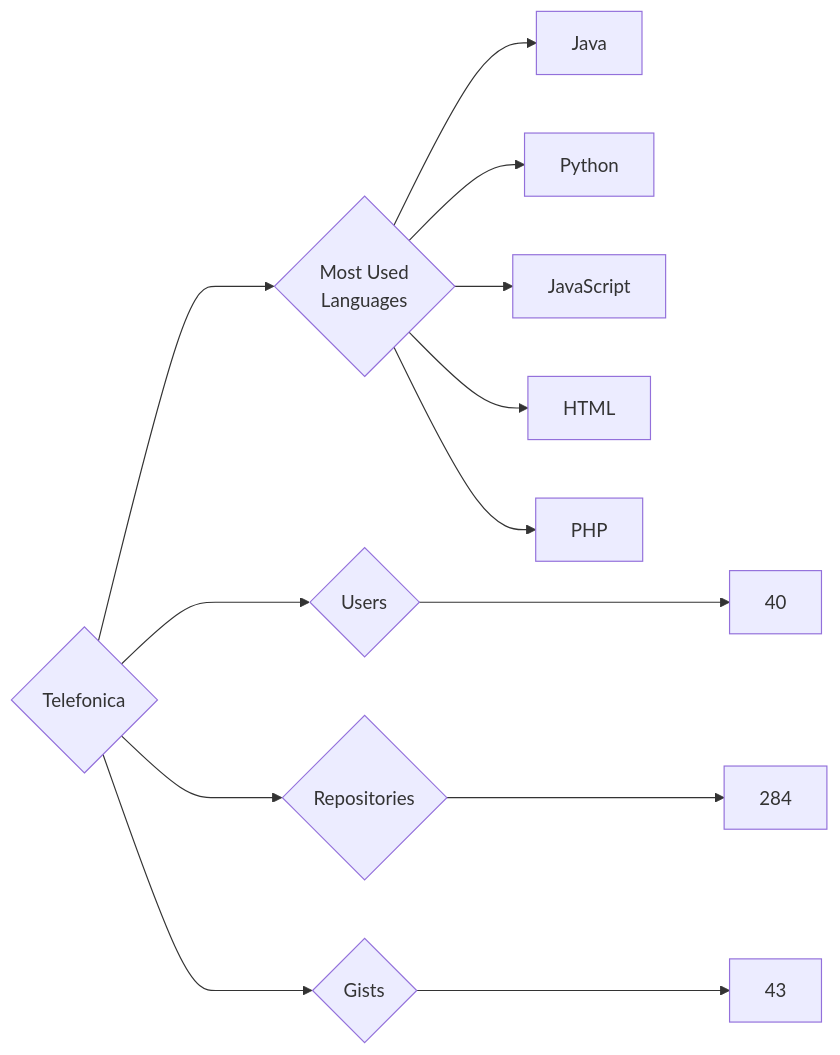
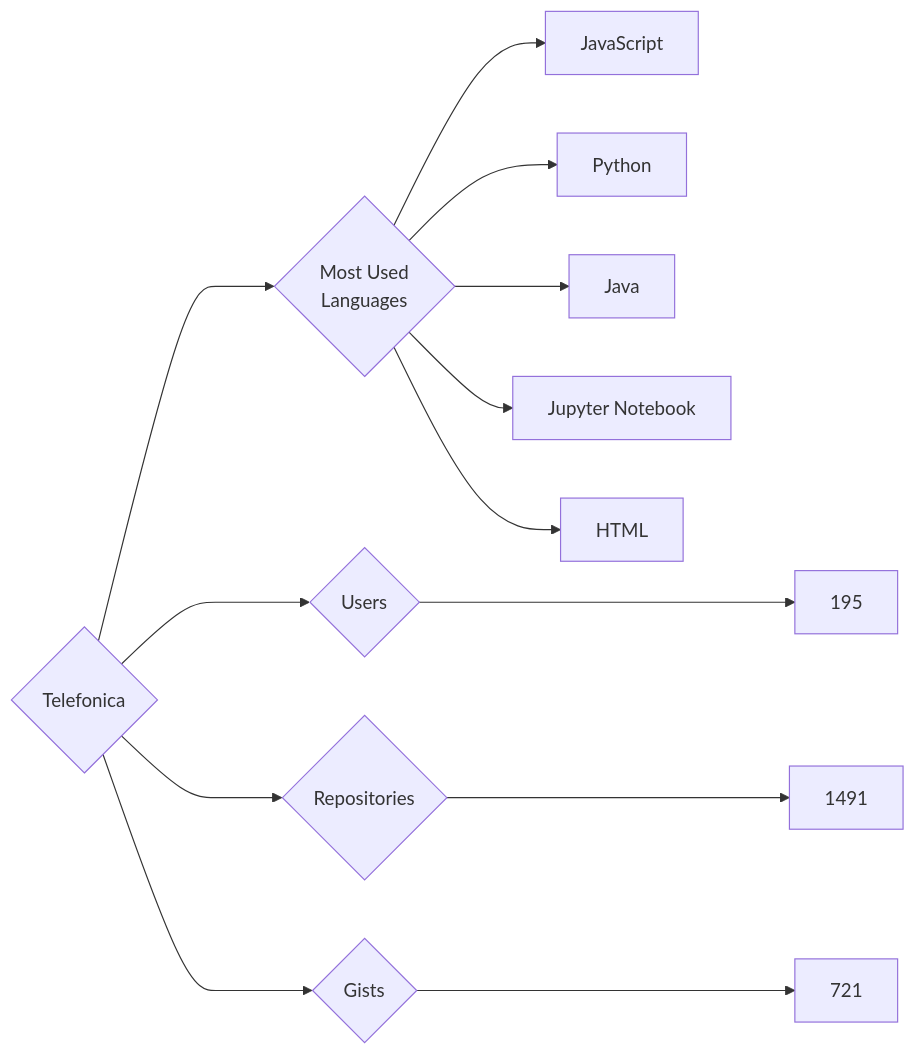
Before and after one commit to trickest/insiders: the diagram in targets/Telefonica/README.md, drawn with Mermaid. The commit also changed 940 other files, not shown here.

````diff
--- a/targets/Telefonica/README.md
+++ b/targets/Telefonica/README.md
@@ -3,13 +3,13 @@
 ```mermaid
 graph LR
 COMPANY_NAME{Telefonica}
-COMPANY_NAME ---> U{Users} ---> UN[40]
-COMPANY_NAME ---> R{Repositories} ---> RN[284]
-COMPANY_NAME ---> G{Gists} ---> GN[43]
+COMPANY_NAME ---> U{Users} ---> UN[195]
+COMPANY_NAME ---> R{Repositories} ---> RN[1491]
+COMPANY_NAME ---> G{Gists} ---> GN[721]
 COMPANY_NAME ---> ML{Most Used<br>Languages}
+ML --> JavaScript[JavaScript]
+ML --> Python[Python]
 ML --> Java[Java]
-ML --> Python[Python]
-ML --> JavaScript[JavaScript]
+ML --> Jupyter_Notebook[Jupyter Notebook]
 ML --> HTML[HTML]
-ML --> PHP[PHP]
 ```
````
